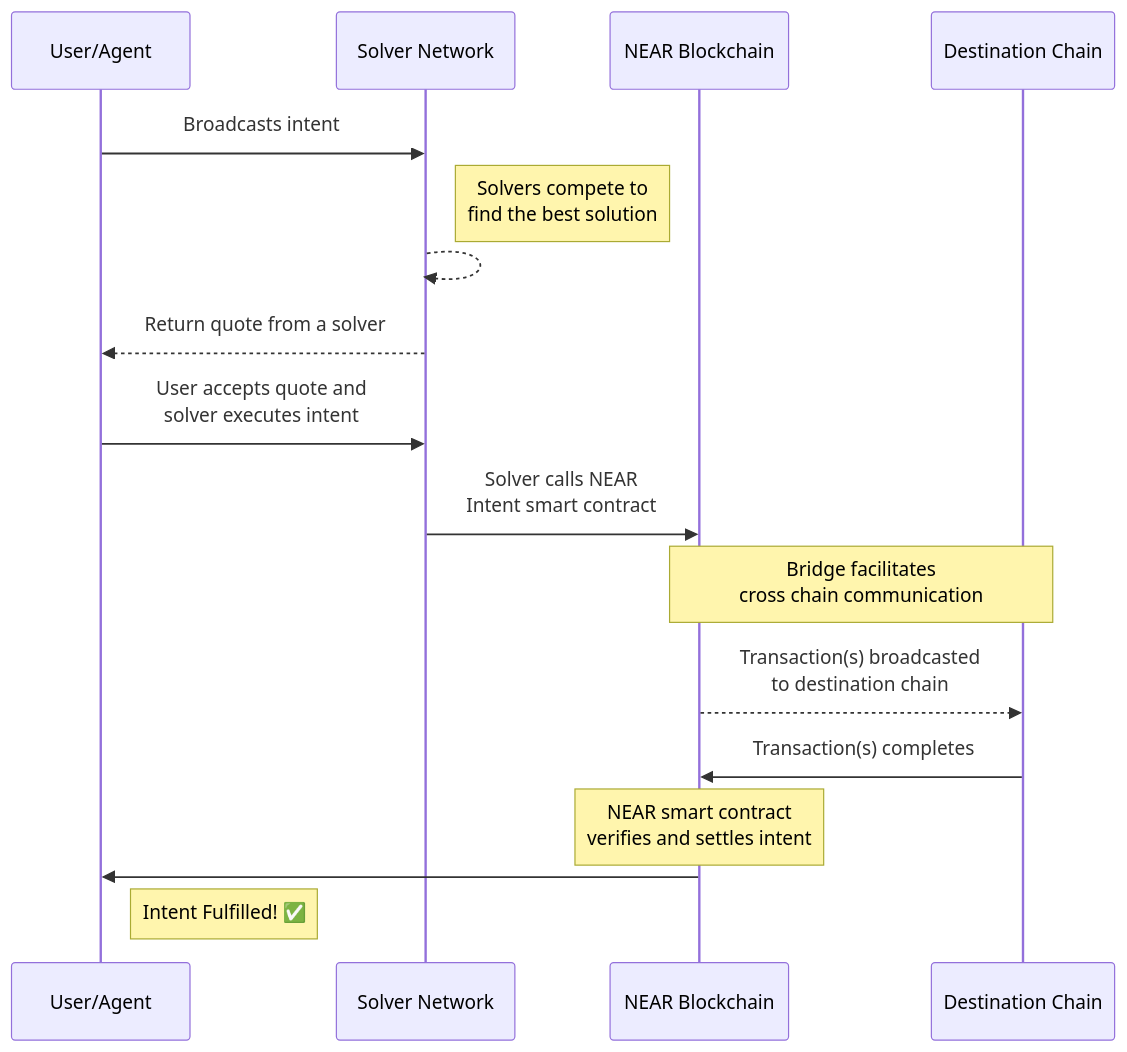
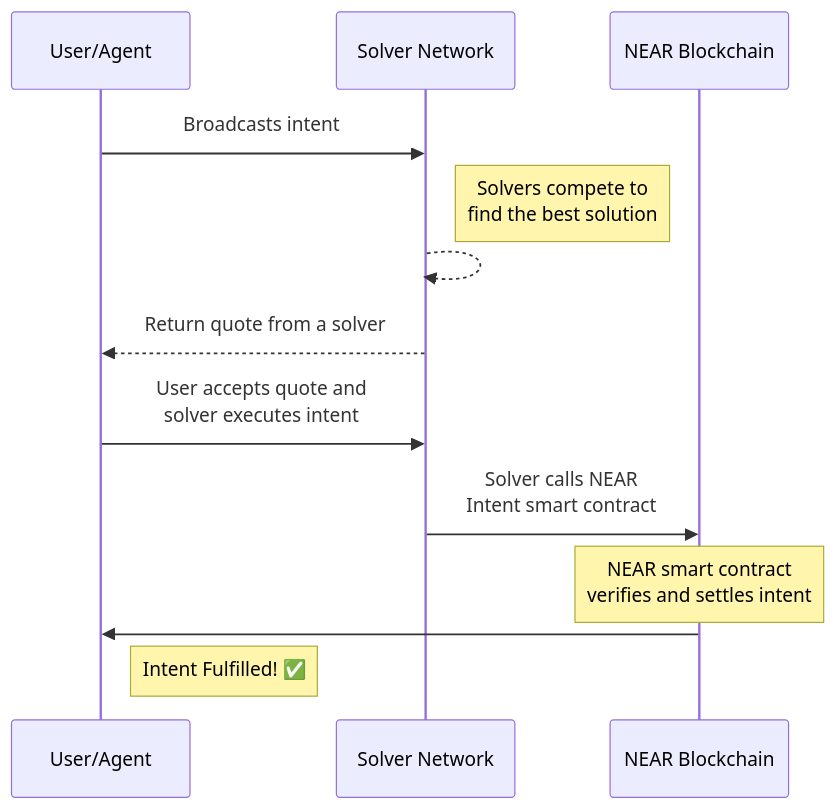
One commit to near/docs changed the diagram in docs/chain-abstraction/intents/overview.md. Above: the diagram before and after it, drawn with Mermaid.

````diff
--- a/docs/chain-abstraction/intents/overview.md
+++ b/docs/chain-abstraction/intents/overview.md
@@ -38,22 +38,18 @@
 ```mermaid
 sequenceDiagram
     participant User/Agent
     participant Solver Network
     participant NEAR Blockchain
-    participant Destination Chain
 
     User/Agent->>Solver Network: Broadcasts intent
     note right of Solver Network: Solvers compete to <br> find the best solution
     Solver Network-->>Solver Network: 
     Solver Network-->>User/Agent: Return quote from a solver
     User/Agent->>Solver Network: User accepts quote and <br> solver executes intent
     Solver Network->>NEAR Blockchain: Solver calls NEAR <br> Intent smart contract
-    note over NEAR Blockchain, Destination Chain: Bridge facilitates <br> cross chain communication
-    NEAR Blockchain-->>Destination Chain: Transaction(s) broadcasted <br> to destination chain
 
 
-    Destination Chain->>NEAR Blockchain: Transaction(s) completes
     note over NEAR Blockchain: NEAR smart contract <br> verifies and settles intent
     NEAR Blockchain->>User/Agent: 
     note right of User/Agent: Intent Fulfilled! ✅
 ```
````
